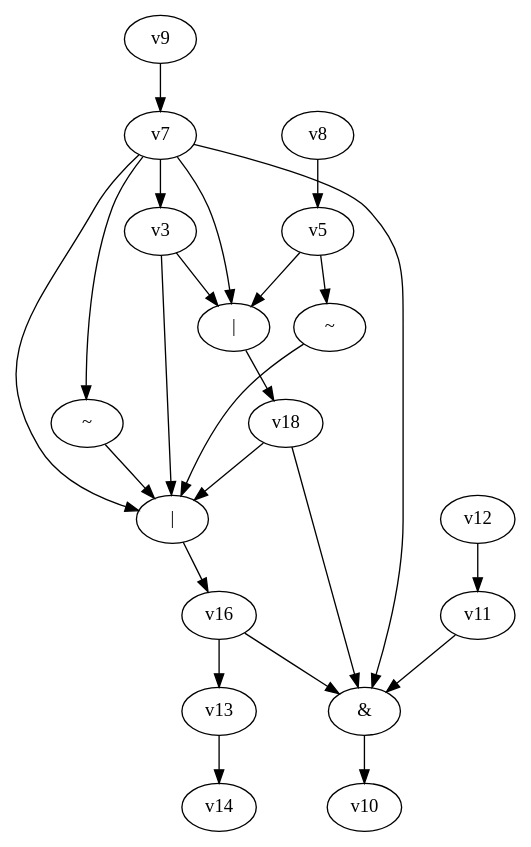
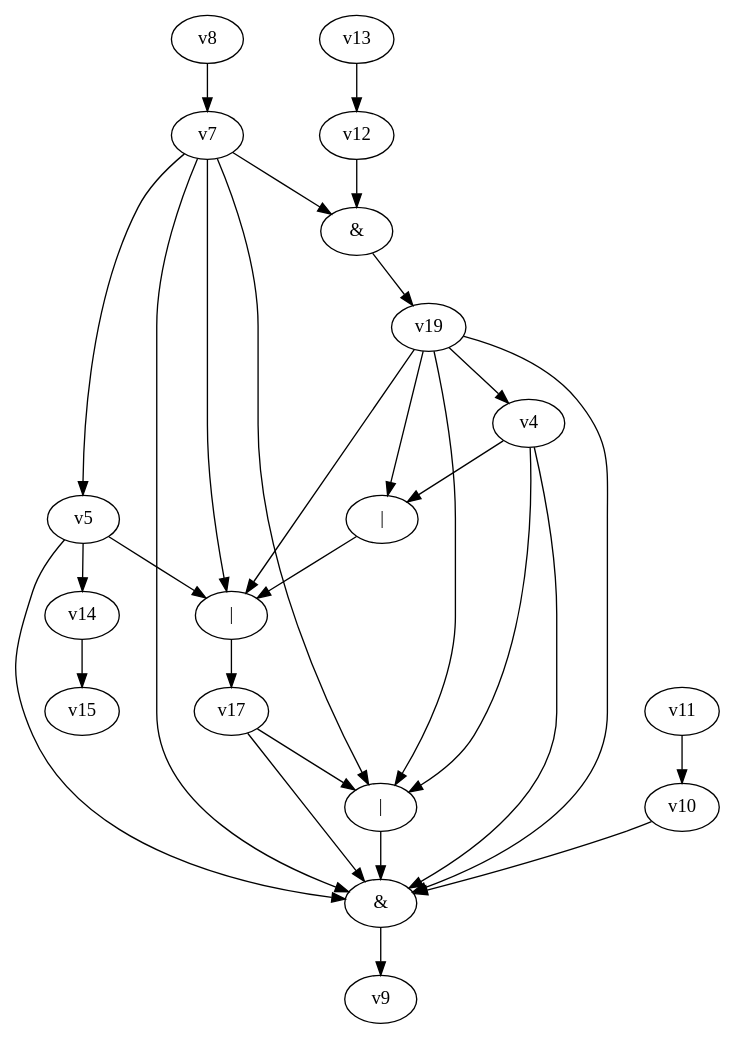
The diagram in dot_files/random_bool_circ.dot (yadej/graph_project), drawn with Graphviz before and after one commit. The commit also changed 3 other files, not shown here.

```diff
--- a/dot_files/random_bool_circ.dot
+++ b/dot_files/random_bool_circ.dot
@@ -1,28 +1,33 @@
 digraph G { 
 v0 [label="&"]; 
-v4 [label="~"]; 
-v6 [label="~"]; 
-v15 [label="|"]; 
-v17 [label="|"]; 
-v0 -> v10;
-v3 -> v15 -> v16;
-v3 -> v17 -> v18;
-v4 -> v15;
-v5 -> v4;
-v5 -> v17;
-v6 -> v15;
+v1 [label="|"]; 
+v3 [label="|"]; 
+v16 [label="|"]; 
+v18 [label="&"]; 
+v0 -> v9;
+v1 -> v0;
+v3 -> v16 -> v17;
+v4 -> v0;
+v4 -> v1;
+v4 -> v3;
+v5 -> v0;
+v5 -> v14 -> v15;
+v5 -> v16;
 v7 -> v0;
-v7 -> v3;
-v7 -> v6;
-v7 -> v15;
-v7 -> v17;
-v8 -> v5;
-v9 -> v7;
-v11 -> v0;
-v12 -> v11;
-v13 -> v14;
-v16 -> v0;
-v16 -> v13;
-v18 -> v0;
-v18 -> v15;
+v7 -> v1;
+v7 -> v5;
+v7 -> v16;
+v7 -> v18 -> v19;
+v8 -> v7;
+v10 -> v0;
+v11 -> v10;
+v12 -> v18;
+v13 -> v12;
+v17 -> v0;
+v17 -> v1;
+v19 -> v0;
+v19 -> v1;
+v19 -> v3;
+v19 -> v4;
+v19 -> v16;
 }
```
